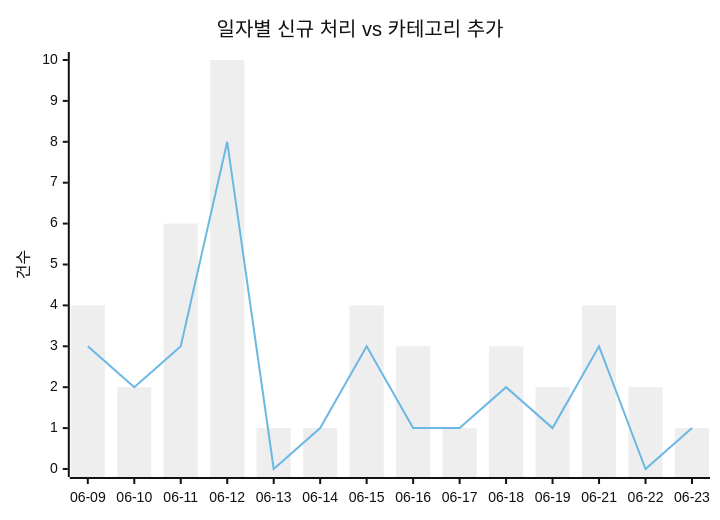
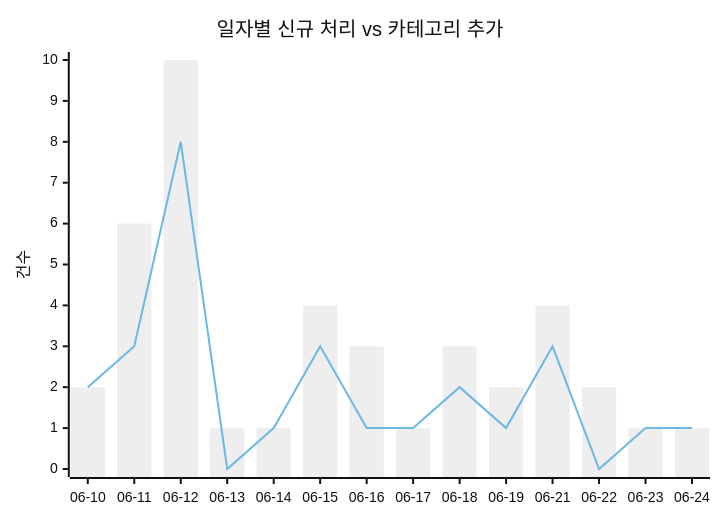
One commit to J-nowcow/awesome-korean-agent-skills changed the first of 2 diagrams in docs/trends.md. Above: the diagram before and after it, drawn with Mermaid (neutral theme). The commit also changed other lines of this file and 4 other files, not shown here.

````diff
--- a/docs/trends.md
+++ b/docs/trends.md
@@ -32,8 +32,8 @@
 ```mermaid
 xychart-beta
     title "일자별 신규 처리 vs 카테고리 추가"
-    x-axis ["06-09","06-10","06-11","06-12","06-13","06-14","06-15","06-16","06-17","06-18","06-19","06-21","06-22","06-23"]
+    x-axis ["06-10","06-11","06-12","06-13","06-14","06-15","06-16","06-17","06-18","06-19","06-21","06-22","06-23","06-24"]
     y-axis "건수"
-    bar [4,2,6,10,1,1,4,3,1,3,2,4,2,1]
-    line [3,2,3,8,0,1,3,1,1,2,1,3,0,1]
+    bar [2,6,10,1,1,4,3,1,3,2,4,2,1,1]
+    line [2,3,8,0,1,3,1,1,2,1,3,0,1,1]
 ```
````
